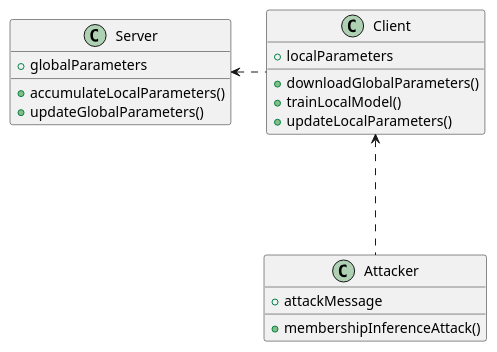
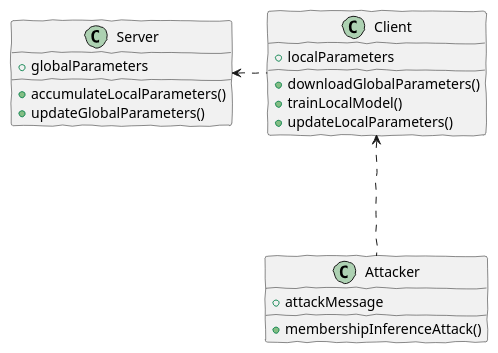
Before and after one commit to gongzhimin/Membership-Inference-Attack-in-Federated-Learning: the diagram in report/imgs/memberinf_fed_class_diagram.puml, drawn with PlantUML. The commit also changed 9 other files, not shown here.

```diff
--- a/report/imgs/memberinf_fed_class_diagram.puml
+++ b/report/imgs/memberinf_fed_class_diagram.puml
@@ -1,22 +1,23 @@
 @startuml memberinf_fed_class_diagram
+skinparam handwritten true
 class Server {
     +globalParameters
     +accumulateLocalParameters()
     +updateGlobalParameters()
 }
 
 class Client {
     +localParameters
     +downloadGlobalParameters()
     +trainLocalModel()
     +updateLocalParameters()
 }
 
 class Attacker {
     +attackMessage
     +membershipInferenceAttack()
 }
 
 Client ...left> Server
 Attacker ...up> Client
 @enduml
```
